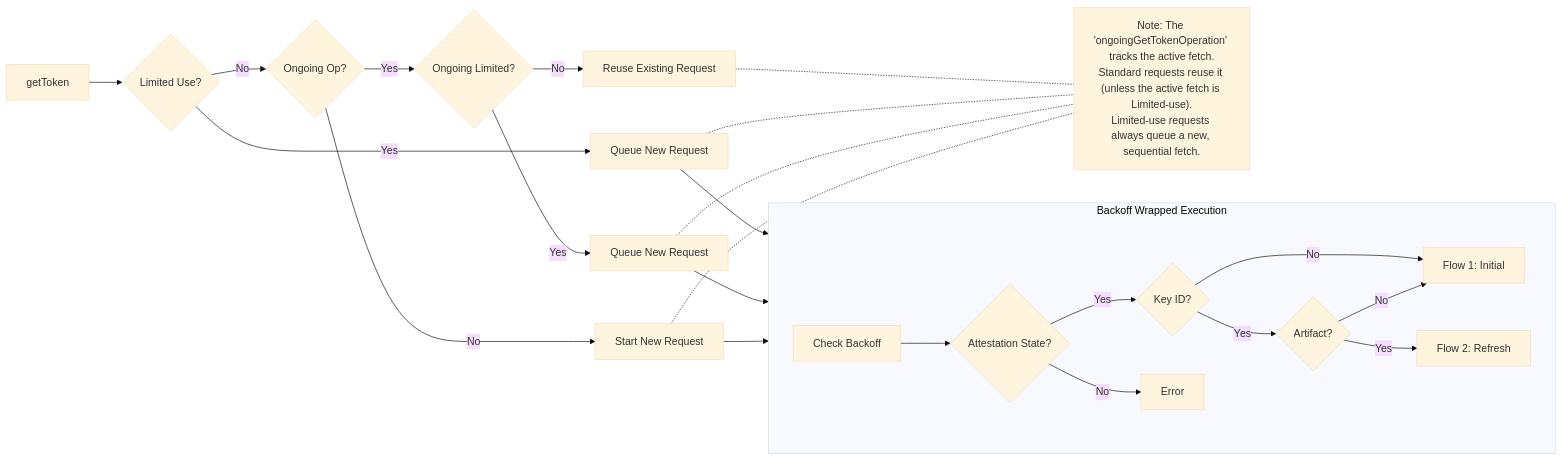
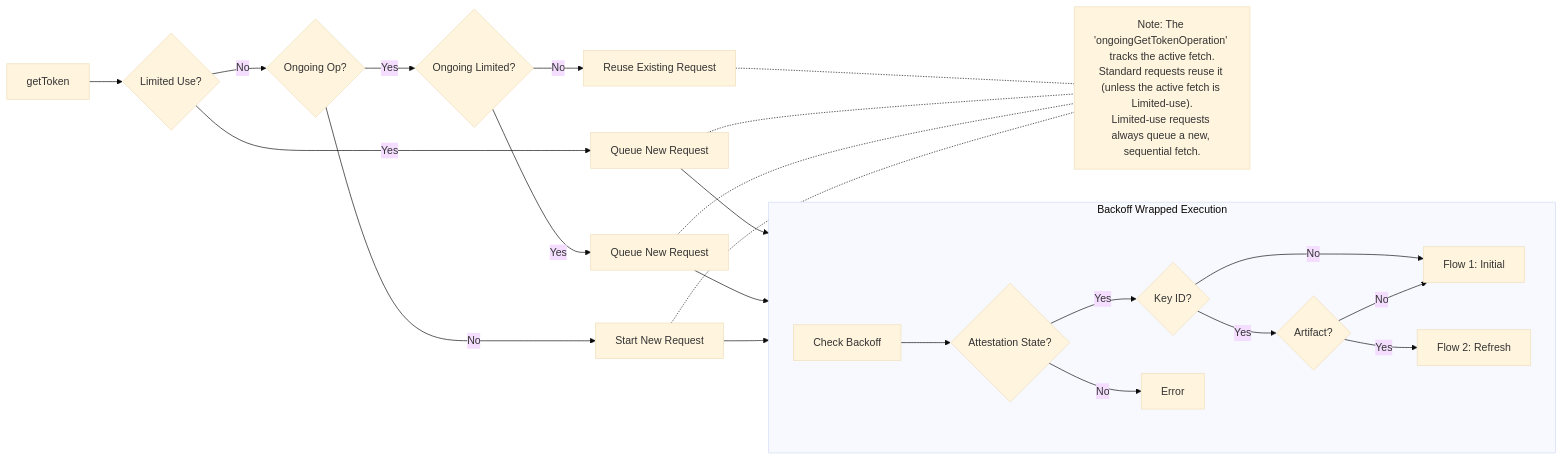
One commit to google/app-check changed the first of 4 diagrams in docs/providers/app-attest.md. Above: the diagram before and after it, drawn with Mermaid (base theme). The commit also changed other lines of this file, not shown here.

````diff
--- a/docs/providers/app-attest.md
+++ b/docs/providers/app-attest.md
@@ -31,41 +37,41 @@
 ```mermaid
-%%{init: {"flowchart": {"diagramPadding": 75}}}%%
+%%{init: {"flowchart": {"diagramPadding": 130}}}%%
 flowchart LR
     Start[getToken] --> CheckUse{Limited Use?}
-
+    
     CheckUse -- Yes --> Queue1[Queue New Request]
     CheckUse -- No --> Coalesce{Ongoing Op?}
-
+    
     Coalesce -- No --> StartNew[Start New Request]
     Coalesce -- Yes --> CheckOngoing{Ongoing Limited?}
-
+    
     CheckOngoing -- Yes --> Queue2[Queue New Request]
     CheckOngoing -- No --> Reuse[Reuse Existing Request]
-
+    
     subgraph Execution ["Backoff Wrapped Execution"]
         direction LR
         Backoff[Check Backoff]
         StateCheck{Attestation State?}
-
+        
         Backoff --> StateCheck
-
+        
         StateCheck -->|Yes| KeyCheck{Key ID?}
-
+        
         KeyCheck -- No --> Flow1[Flow 1: Initial]
         KeyCheck -- Yes --> ArtifactCheck{Artifact?}
-
+        
         ArtifactCheck -- No --> Flow1
         ArtifactCheck -- Yes --> Flow2[Flow 2: Refresh]
 
         StateCheck -->|No| Error[Error]
     end
 
     Queue1 --> Backoff
     Queue2 --> Backoff
     StartNew --> Backoff
 
     Reuse -.- Footnote["Note: The 'ongoingGetTokenOperation' tracks the active fetch.<br/>Standard requests reuse it (unless the active fetch is Limited-use).<br/>Limited-use requests always queue a new, sequential fetch."]
     Queue1 -.- Footnote
     Queue2 -.- Footnote
     StartNew -.- Footnote
 ```
````
